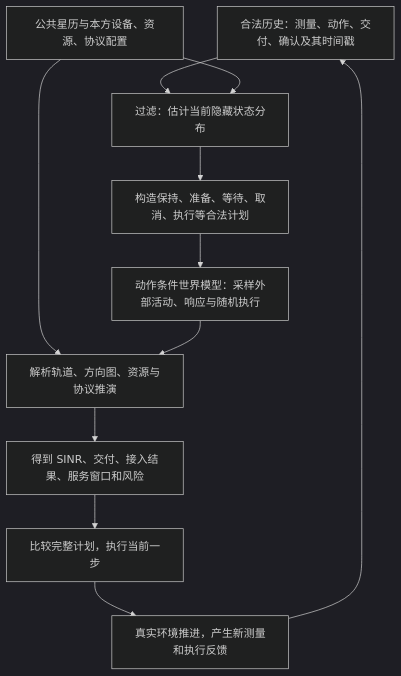
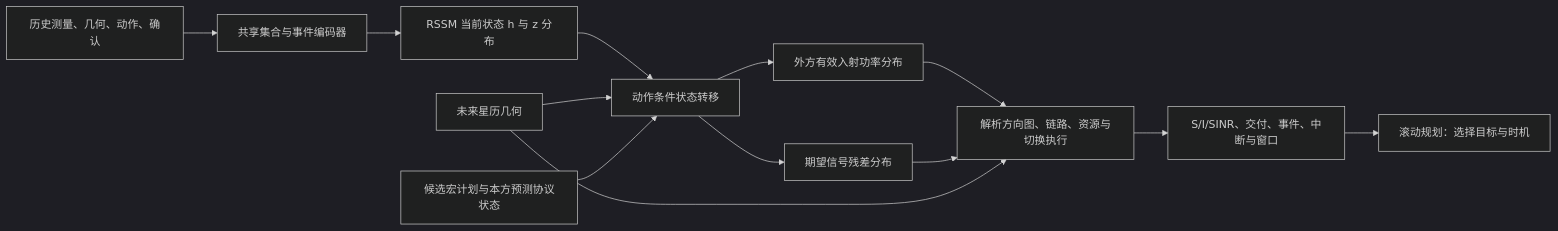
The first of 2 diagrams in literature review/多星座对等共存_历史观测世界模型与预测切换_详细研究方案.md (Shizhen-Jia/WorldNTN), drawn with Mermaid (dark theme) before and after one commit. The commit also changed other lines of this file and 1 other file, not shown here.

````diff
--- a/literature review/多星座对等共存_历史观测世界模型与预测切换_详细研究方案.md
+++ b/literature review/多星座对等共存_历史观测世界模型与预测切换_详细研究方案.md
@@ -144,13 +139,15 @@
 ```mermaid
-flowchart TD
-    H["合法历史：测量、动作、交付、确认及其时间戳"] --> B["过滤：估计当前隐藏状态分布"]
-    C["公共星历与本方设备、资源、协议配置"] --> B
-    B --> P["构造保持、准备、等待、取消、执行等合法计划"]
-    P --> W["动作条件世界模型：采样外部活动、响应与随机执行"]
-    C --> R["解析轨道、方向图、资源与协议推演"]
-    W --> R
-    R --> Q["得到 SINR、交付、接入结果、服务窗口和风险"]
-    Q --> M["比较完整计划，执行当前一步"]
-    M --> E["真实环境推进，产生新测量和执行反馈"]
-    E --> H
+flowchart LR
+    H[历史测量、几何、动作、确认] --> E[共享集合与事件编码器]
+    E --> B[RSSM 当前状态 h 与 z 分布]
+    B --> T[动作条件状态转移]
+    G[未来星历几何] --> T
+    A[候选宏计划与本方预测协议状态] --> T
+    T --> Q[外方有效入射功率分布]
+    T --> R[期望信号残差分布]
+    Q --> C[解析方向图、链路、资源与切换执行]
+    R --> C
+    G --> C
+    C --> O[S/I/SINR、交付、事件、中断与窗口]
+    O --> P[滚动规划：选择目标与时机]
 ```
````
